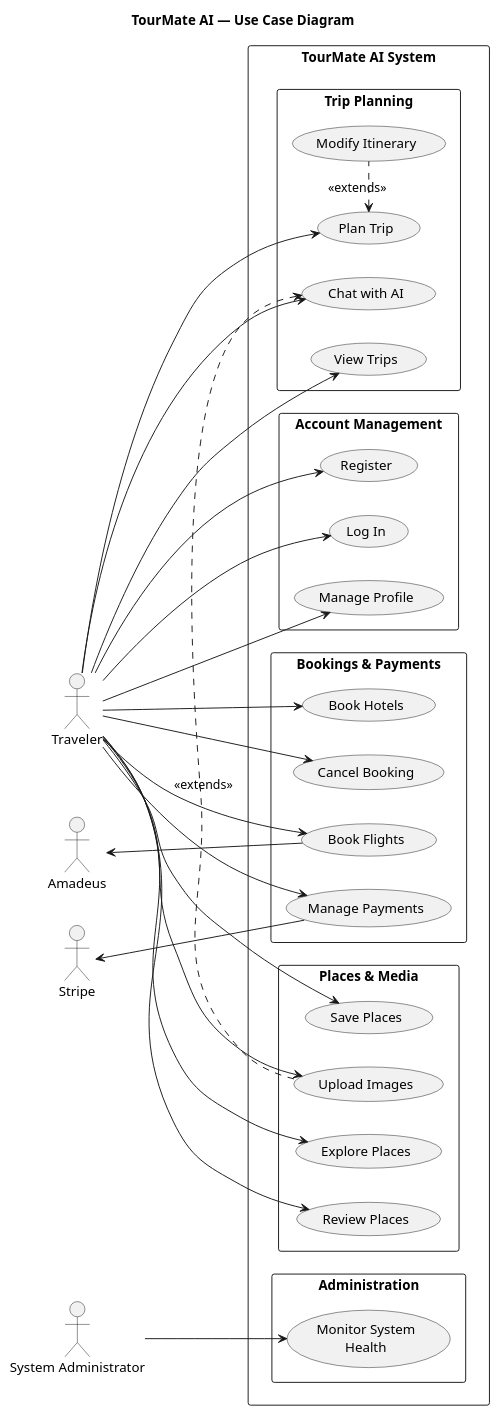
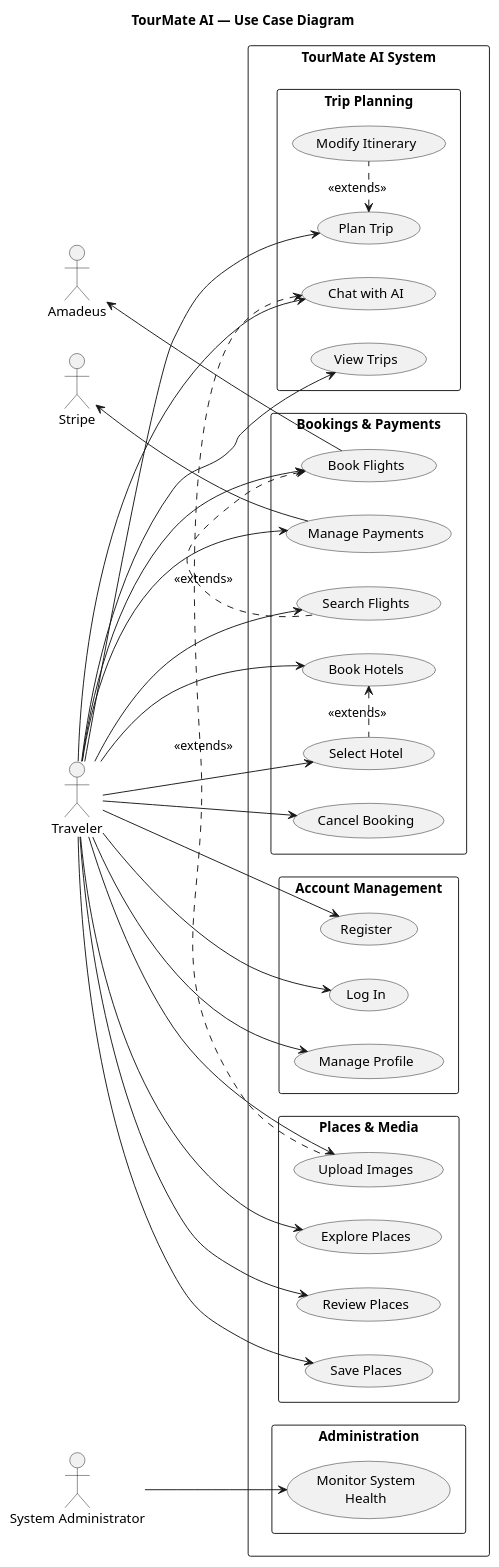
The diagram in docs/Diagrams/use_case_diagram.puml (AbdelrahmanMostafa33/TourMate-AI), drawn with PlantUML before and after one commit. The commit also changed 50 other files, not shown here.

First line of the commit message:
docs: refresh diagrams and add app screenshots

```diff
--- a/docs/Diagrams/use_case_diagram.puml
+++ b/docs/Diagrams/use_case_diagram.puml
@@ -1,95 +1,101 @@
 @startuml TourMate_Use_Case_Diagram
 left to right direction
 skinparam packageStyle rectangle
 skinparam defaultTextAlignment center
 
 title TourMate AI — Use Case Diagram
 
 ' ═══════ ACTORS ═══════
 
 actor "Traveler" as Traveler
 actor "System Administrator" as Admin
 actor "Stripe" as Stripe
 actor "Amadeus" as Amadeus
 
 ' ═══════ SYSTEM BOUNDARY ═══════
 
 rectangle "TourMate AI System" {
 
   ' ──── Account Management ────
 
   rectangle "Account Management" as Account {
     usecase "Register" as Reg
     usecase "Log In" as Login
     usecase "Manage Profile" as Profile
   }
 
   ' ──── Trip Planning ────
 
   rectangle "Trip Planning" as Planning {
     usecase "Chat with AI" as Chat
     usecase "Plan Trip" as Plan
     usecase "Modify Itinerary" as Modify
     usecase "View Trips" as ViewTrips
   }
 
   ' ──── Bookings & Payments ────
 
   rectangle "Bookings & Payments" as Booking {
     usecase "Book Flights" as BookFlights
+    usecase "Search Flights" as SearchFlights
     usecase "Book Hotels" as BookHotels
+    usecase "Select Hotel" as SelectHotel
     usecase "Cancel Booking" as Cancel
     usecase "Manage Payments" as Pay
   }
 
   ' ──── Places & Media ────
 
   rectangle "Places & Media" as Places {
     usecase "Explore Places" as Explore
     usecase "Review Places" as Review
     usecase "Save Places" as Save
     usecase "Upload Images" as Upload
   }
 
   ' ──── Administration ────
 
   rectangle "Administration" as AdminGroup {
     usecase "Monitor System\nHealth" as Monitor
   }
 }
 
 ' ═══════ TRAVELER CONNECTIONS ═══════
 
 Traveler --> Reg
 Traveler --> Login
 Traveler --> Profile
 
 Traveler --> Chat
 Traveler --> Plan
 Traveler --> ViewTrips
 
 Traveler --> BookFlights
 Traveler --> BookHotels
+Traveler --> SearchFlights
+Traveler --> SelectHotel
 Traveler --> Cancel
 Traveler --> Pay
 
 Traveler --> Explore
 Traveler --> Review
 Traveler --> Save
 Traveler --> Upload
 
 ' ═══════ ADMIN CONNECTIONS ═══════
 
 Admin --> Monitor
 
 ' ═══════ RELATIONSHIPS ═══════
 
 Modify .left.> Plan : <<extends>>
 Upload .left.> Chat : <<extends>>
+SearchFlights .left.> BookFlights : <<extends>>
+SelectHotel .left.> BookHotels : <<extends>>
 
 ' ═══════ EXTERNAL SYSTEMS ═══════
 
 Stripe <-- Pay
 Amadeus <-- BookFlights
 
 @enduml
```
